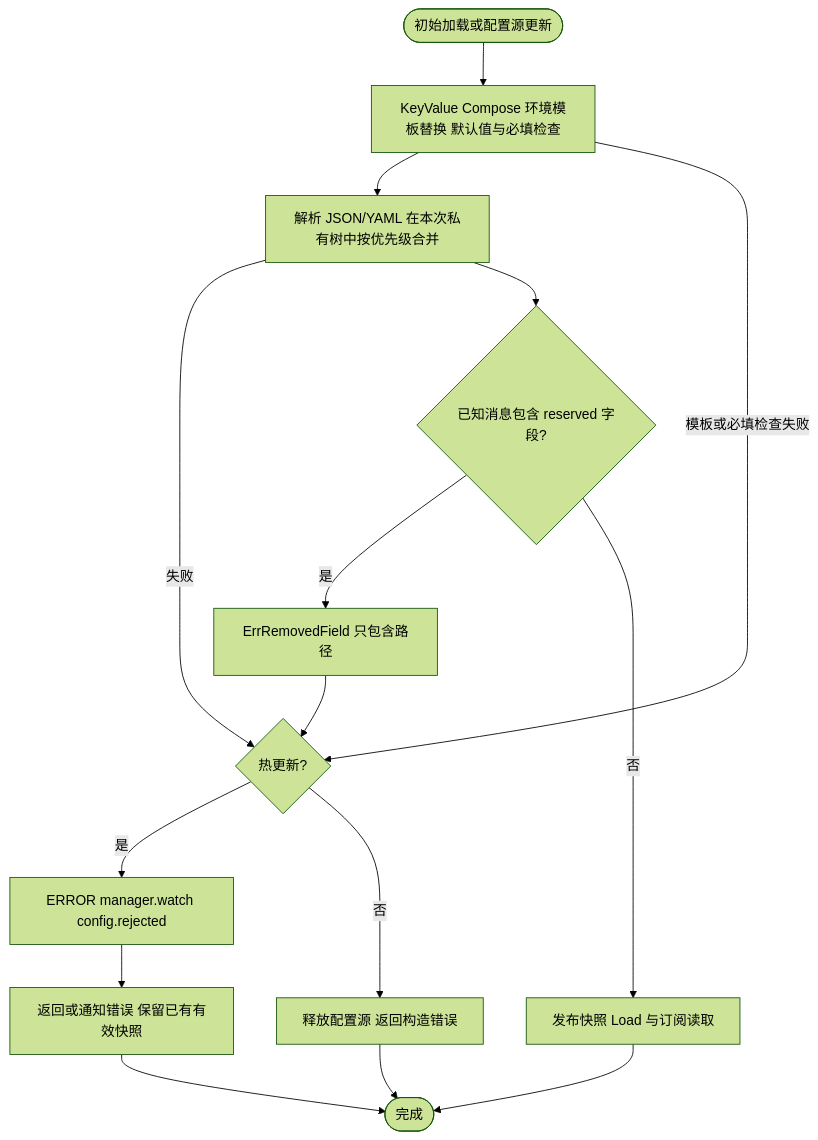
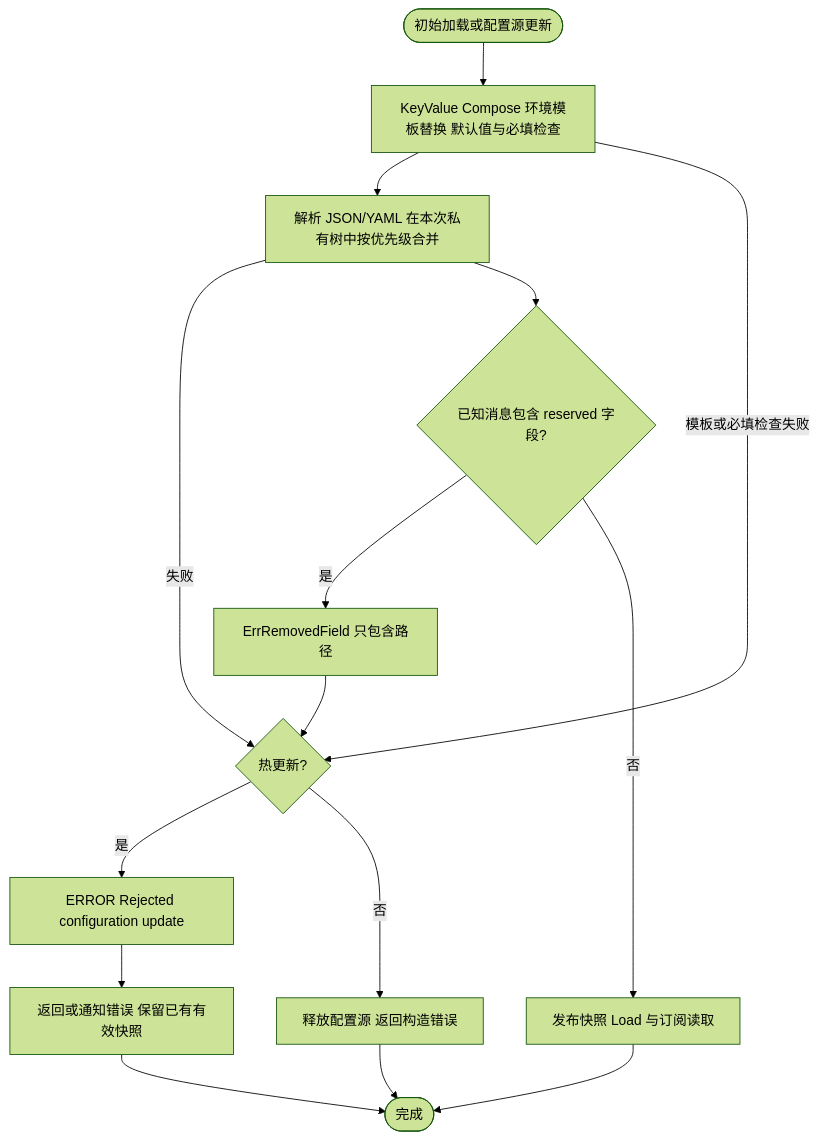
One commit to jaggerzhuang1994/kratos-foundation changed the first of 4 diagrams in pkg/config/README.md. Above: the diagram before and after it, drawn with Mermaid (forest theme). The commit also changed other lines of this file and 96 other files, not shown here.

````diff
--- a/pkg/config/README.md
+++ b/pkg/config/README.md
@@ -50,18 +52,18 @@
 ```mermaid
 flowchart TD
     A([初始加载或配置源更新]) --> V[KeyValue Compose 环境模板替换 默认值与必填检查]
     V --> B[解析 JSON/YAML 在本次私有树中按优先级合并]
     V -- 模板或必填检查失败 --> F
     B -- 失败 --> F
     E[返回或通知错误 保留已有有效快照]
     B --> C{已知消息包含 reserved 字段?}
     C -- 是 --> D[ErrRemovedField 只包含路径]
     D --> F{热更新?}
-    F -- 是 --> L[ERROR manager.watch config.rejected]
+    F -- 是 --> L[ERROR Rejected configuration update]
     L --> E
     F -- 否 --> K[释放配置源 返回构造错误]
     C -- 否 --> G[发布快照 Load 与订阅读取]
     G --> H([完成])
     E --> H
     K --> H
 ```
````
